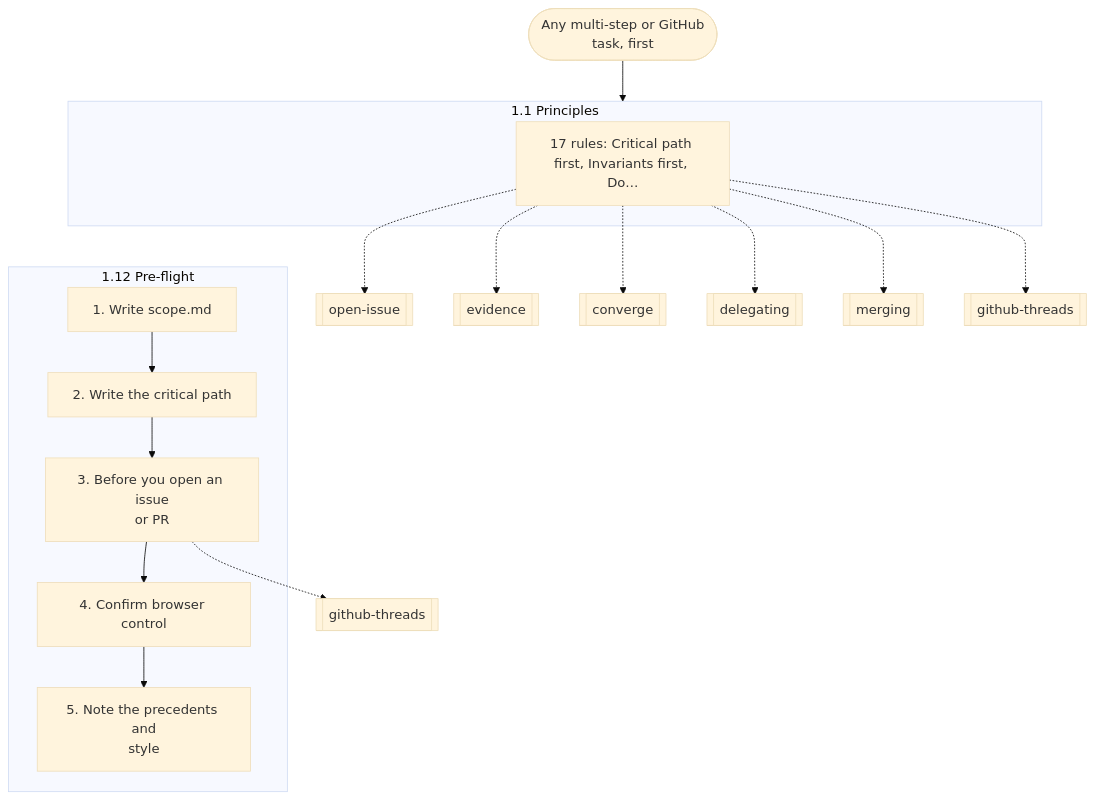
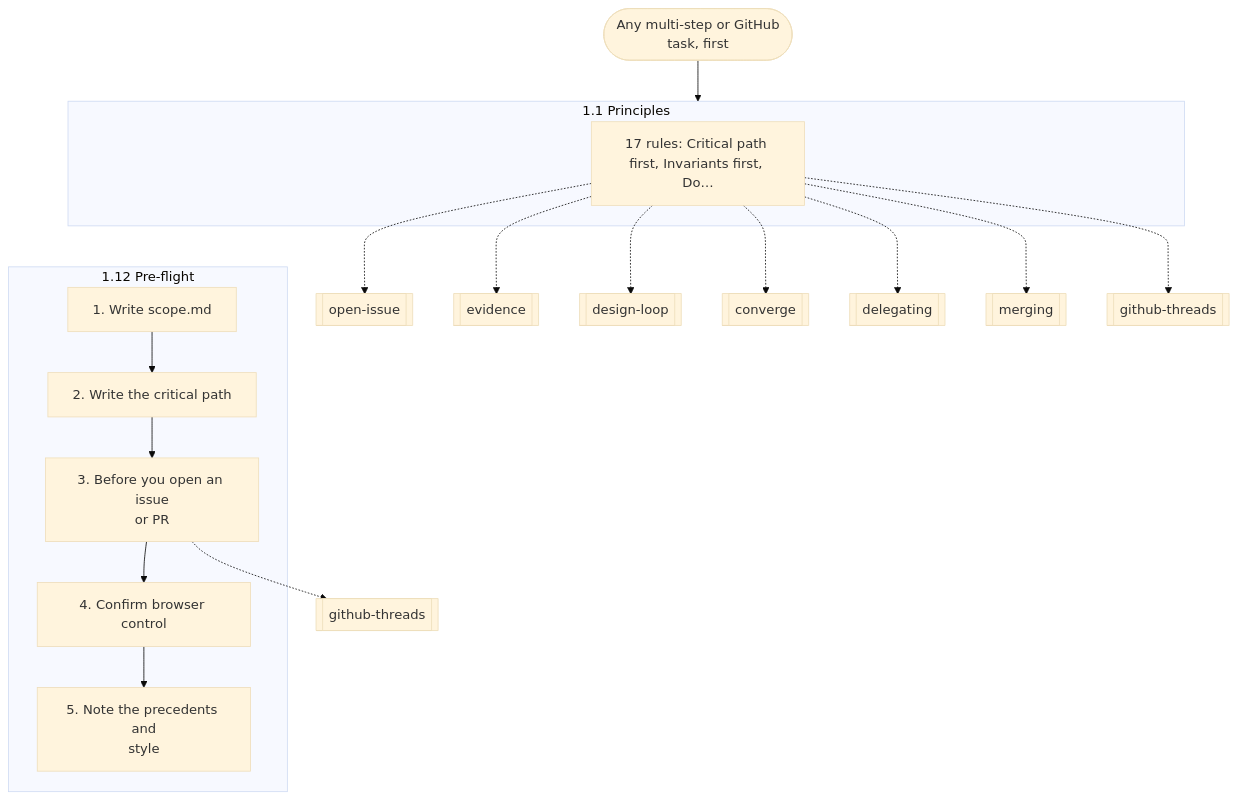
One commit to nitedani/mergeworthy changed the first of 16 diagrams in docs/graphs.md. Above: the diagram before and after it, drawn with Mermaid (base theme). The commit also changed other lines of this file, not shown here.

Commit message:
docs: regenerate graphs

````diff
--- a/docs/graphs.md
+++ b/docs/graphs.md
@@ -30,27 +30,28 @@
 ```mermaid
 flowchart TB
   start(["Any multi-step or GitHub<br/>task, first"])
   subgraph g0["1.1 Principles"]
     s0["17 rules: Critical path first, Invariants first, Do…"]
   end
   s0 -.-> r1[["open-issue"]]
   s0 -.-> r2[["evidence"]]
-  s0 -.-> r3[["converge"]]
-  s0 -.-> r4[["delegating"]]
-  s0 -.-> r5[["merging"]]
-  s0 -.-> r6[["github-threads"]]
+  s0 -.-> r3[["design-loop"]]
+  s0 -.-> r4[["converge"]]
+  s0 -.-> r5[["delegating"]]
+  s0 -.-> r6[["merging"]]
+  s0 -.-> r7[["github-threads"]]
   subgraph g1["1.12 Pre-flight"]
     s1["1. Write scope.md"]
     s2["2. Write the critical path"]
     s1 --> s2
     s3["3. Before you open an issue<br/>or PR"]
     s2 --> s3
     s4["4. Confirm browser control"]
     s3 --> s4
     s5["5. Note the precedents and<br/>style"]
     s4 --> s5
   end
-  s3 -.-> r7[["github-threads"]]
+  s3 -.-> r8[["github-threads"]]
   start --> g0
   g0 ~~~ g1
 ```
````
